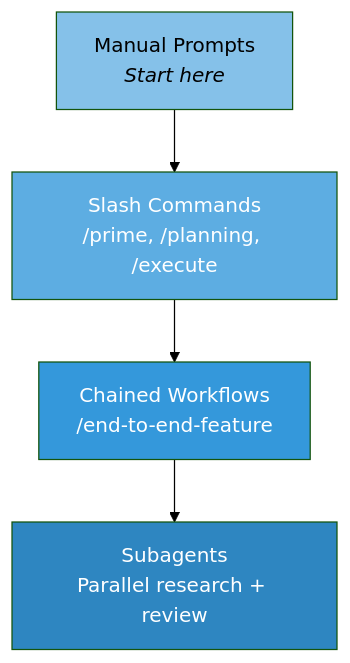
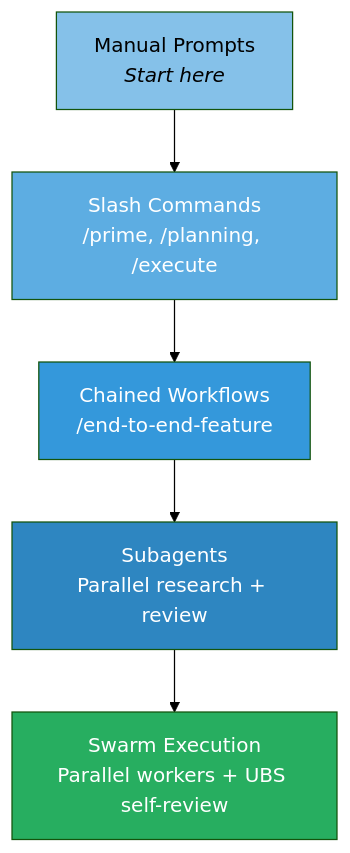
The ninth of 11 diagrams in README.md (ryanjosebrosas/opencode-hive-archon), drawn with Mermaid (forest theme) before and after one commit. The commit also changed other lines of this file, not shown here.

First line of the commit message:
docs(readme): strategic update with SwarmTools + UBS integration

````diff
--- a/README.md
+++ b/README.md
@@ -379,11 +381,13 @@
 ```mermaid
 graph TD
     M["Manual Prompts<br/><i>Start here</i>"] --> CMD["Slash Commands<br/>/prime, /planning, /execute"]
     CMD --> CHAIN["Chained Workflows<br/>/end-to-end-feature"]
     CHAIN --> SUB["Subagents<br/>Parallel research + review"]
+    SUB --> SWARM["Swarm Execution<br/>Parallel workers + UBS self-review"]
 
     style M fill:#85c1e9,color:#000
     style CMD fill:#5dade2,color:#fff
     style CHAIN fill:#3498db,color:#fff
     style SUB fill:#2e86c1,color:#fff
+    style SWARM fill:#27ae60,color:#fff
 ```
````
